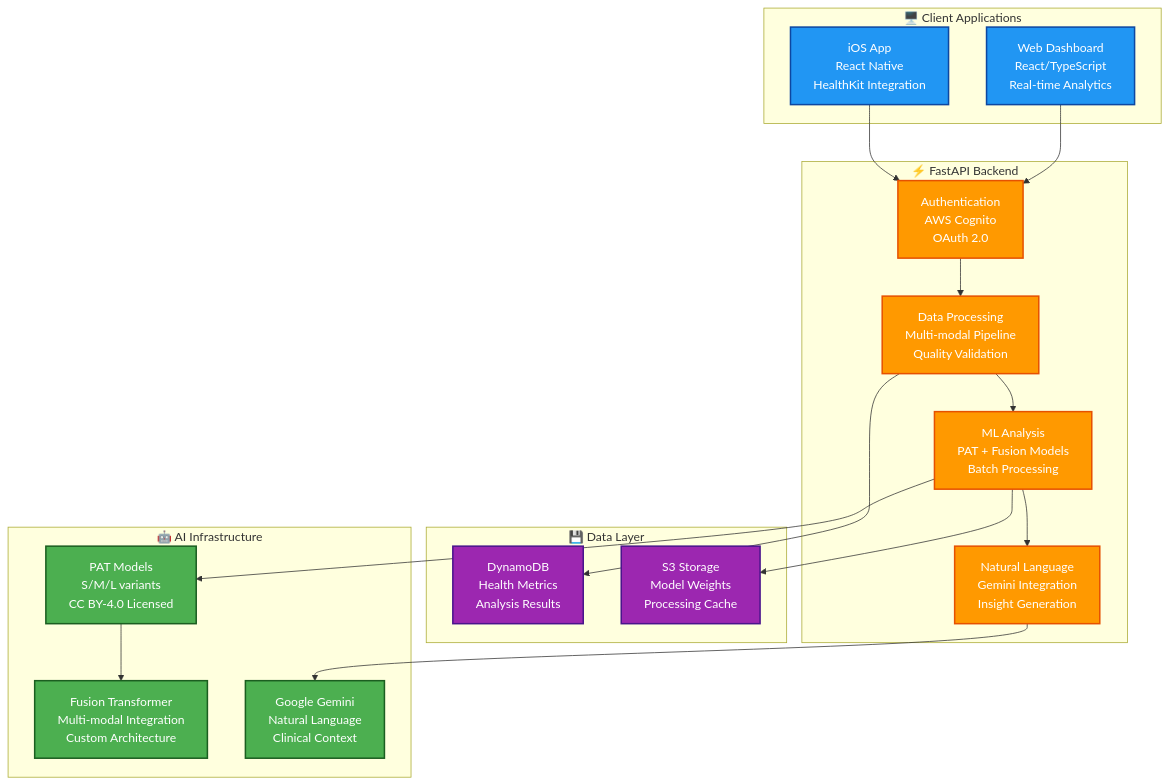
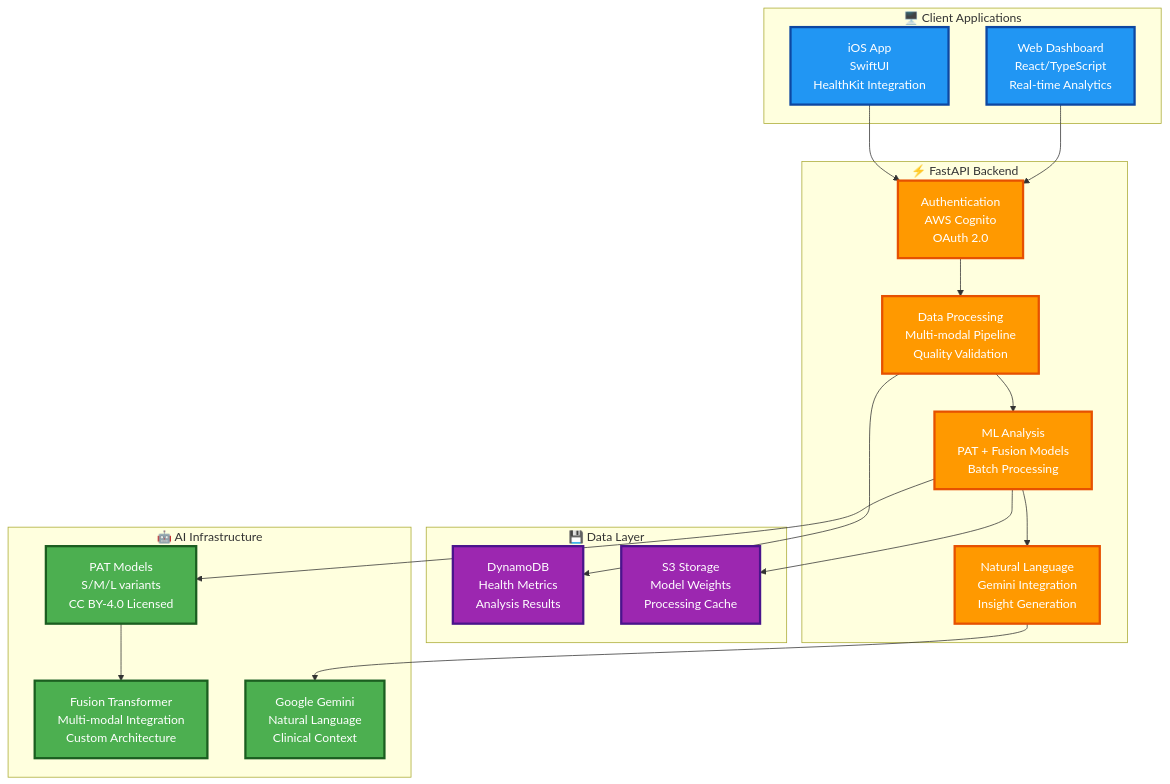
Before and after one commit to Clairty-Digital-Twin/clarity-loop-backend: the second of 2 diagrams in README.md, drawn with Mermaid. The commit also changed other lines of this file and 3 other files, not shown here.

````diff
--- a/README.md
+++ b/README.md
@@ -91,43 +91,43 @@
 ```mermaid
 graph TB
     subgraph Frontend ["🖥️ Client Applications"]
-        A[iOS App<br/>React Native<br/>HealthKit Integration]
+        A[iOS App<br/>SwiftUI<br/>HealthKit Integration]
         B[Web Dashboard<br/>React/TypeScript<br/>Real-time Analytics]
     end
     
     subgraph API ["⚡ FastAPI Backend"]
         C[Authentication<br/>AWS Cognito<br/>OAuth 2.0]
         D[Data Processing<br/>Multi-modal Pipeline<br/>Quality Validation]
         E[ML Analysis<br/>PAT + Fusion Models<br/>Batch Processing]
         F[Natural Language<br/>Gemini Integration<br/>Insight Generation]
     end
     
     subgraph Storage ["💾 Data Layer"]
         G[DynamoDB<br/>Health Metrics<br/>Analysis Results]
         H[S3 Storage<br/>Model Weights<br/>Processing Cache]
     end
     
     subgraph ML ["🤖 AI Infrastructure"]
         I[PAT Models<br/>S/M/L variants<br/>CC BY-4.0 Licensed]
         J[Fusion Transformer<br/>Multi-modal Integration<br/>Custom Architecture]
         K[Google Gemini<br/>Natural Language<br/>Clinical Context]
     end
     
     A --> C
     B --> C
     C --> D --> E --> F
     D --> G
     E --> H
     E --> I --> J
     F --> K
     
-    classDef frontend fill:#2196f3,stroke:#0d47a1,stroke-width:2px,color:white
-    classDef api fill:#ff9900,stroke:#e65100,stroke-width:2px,color:white
-    classDef storage fill:#9c27b0,stroke:#4a148c,stroke-width:2px,color:white
-    classDef ml fill:#4caf50,stroke:#1b5e20,stroke-width:2px,color:white
+    classDef frontend fill:#2196f3,stroke:#0d47a1,stroke-width:3px,color:white
+    classDef api fill:#ff9900,stroke:#e65100,stroke-width:3px,color:white
+    classDef storage fill:#9c27b0,stroke:#4a148c,stroke-width:3px,color:white
+    classDef ml fill:#4caf50,stroke:#1b5e20,stroke-width:3px,color:white
     
     class A,B frontend
     class C,D,E,F api
     class G,H storage
     class I,J,K ml
 ```
````
